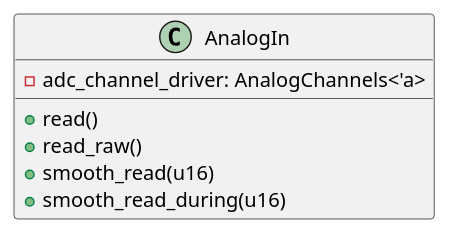
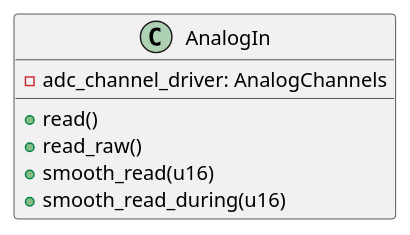
The diagram in diagrams/analog_in_adc.puml (esp32framework/esp32framework), drawn with PlantUML before and after one commit. The commit also changed 3 other files, not shown here.

Commit message:
Microcontroller diagram update

```diff
--- a/diagrams/analog_in_adc.puml
+++ b/diagrams/analog_in_adc.puml
@@ -1,11 +1,11 @@
 @startuml analog_in_adc
 
 class AnalogIn {
-    -adc_channel_driver: AnalogChannels<'a>
+    -adc_channel_driver: AnalogChannels
     +read()
     +read_raw()
     +smooth_read(u16)
     +smooth_read_during(u16)
 }
 
 @enduml
```
